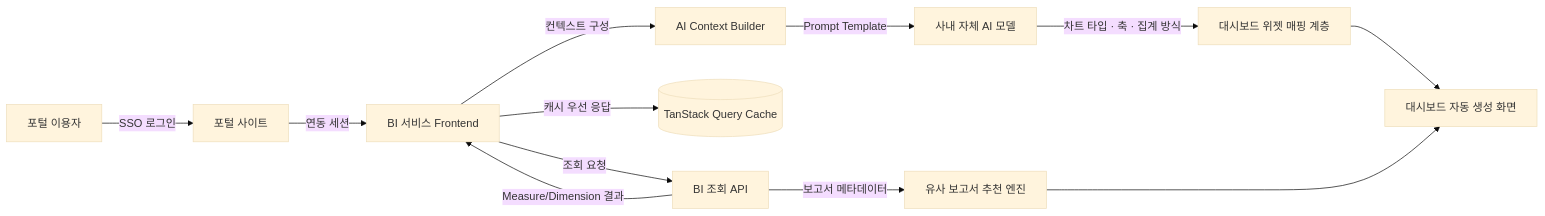
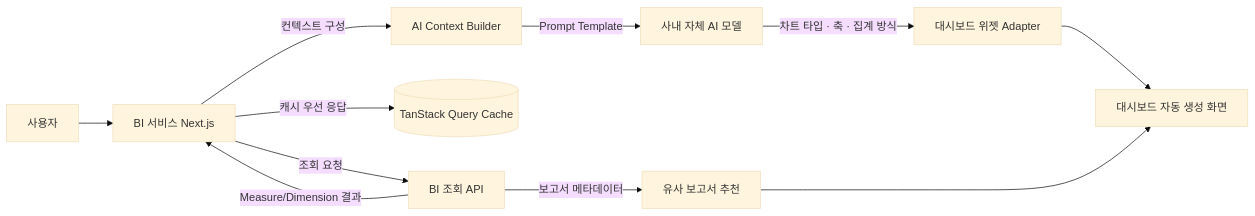
The fifth of 5 diagrams in docs/career.md (jins4731/jins4731), drawn with Mermaid (base theme) before and after one commit. The commit also changed other lines of this file and 5 other files, not shown here.

````diff
--- a/docs/career.md
+++ b/docs/career.md
@@ -58,14 +417,13 @@
 ```mermaid
 flowchart LR
-  User[포털 이용자] -->|SSO 로그인| Portal[포털 사이트]
-  Portal -->|연동 세션| BI[BI 서비스 Frontend]
+  User[사용자] --> BI[BI 서비스 Next.js]
   BI -->|조회 요청| BIAPI[BI 조회 API]
   BIAPI -->|Measure/Dimension 결과| BI
   BI -->|캐시 우선 응답| Cache[(TanStack Query Cache)]
   BI -->|컨텍스트 구성| Context[AI Context Builder]
   Context -->|Prompt Template| Model[사내 자체 AI 모델]
-  Model -->|차트 타입 · 축 · 집계 방식| Mapper[대시보드 위젯 매핑 계층]
+  Model -->|차트 타입 · 축 · 집계 방식| Mapper[대시보드 위젯 Adapter]
   Mapper --> Dashboard[대시보드 자동 생성 화면]
-  BIAPI -->|보고서 메타데이터| Recommend[유사 보고서 추천 엔진]
+  BIAPI -->|보고서 메타데이터| Recommend[유사 보고서 추천]
   Recommend --> Dashboard
 ```
````
